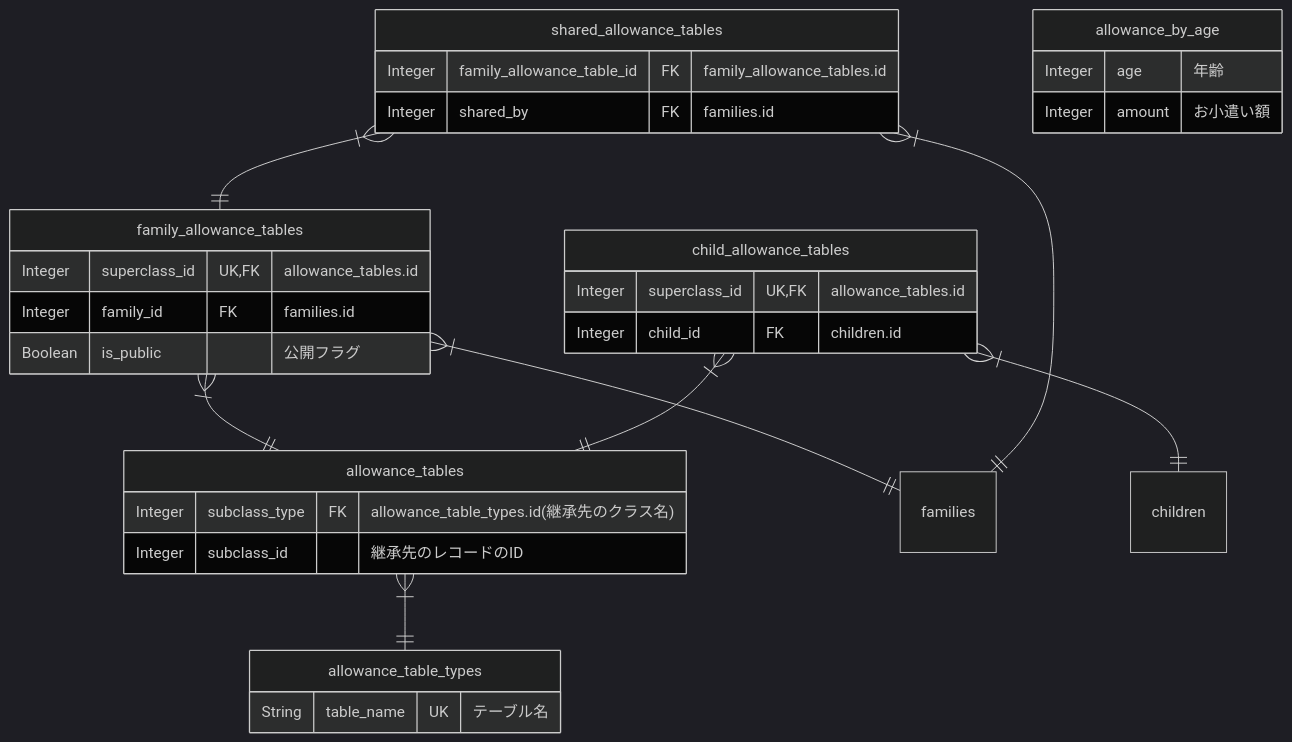
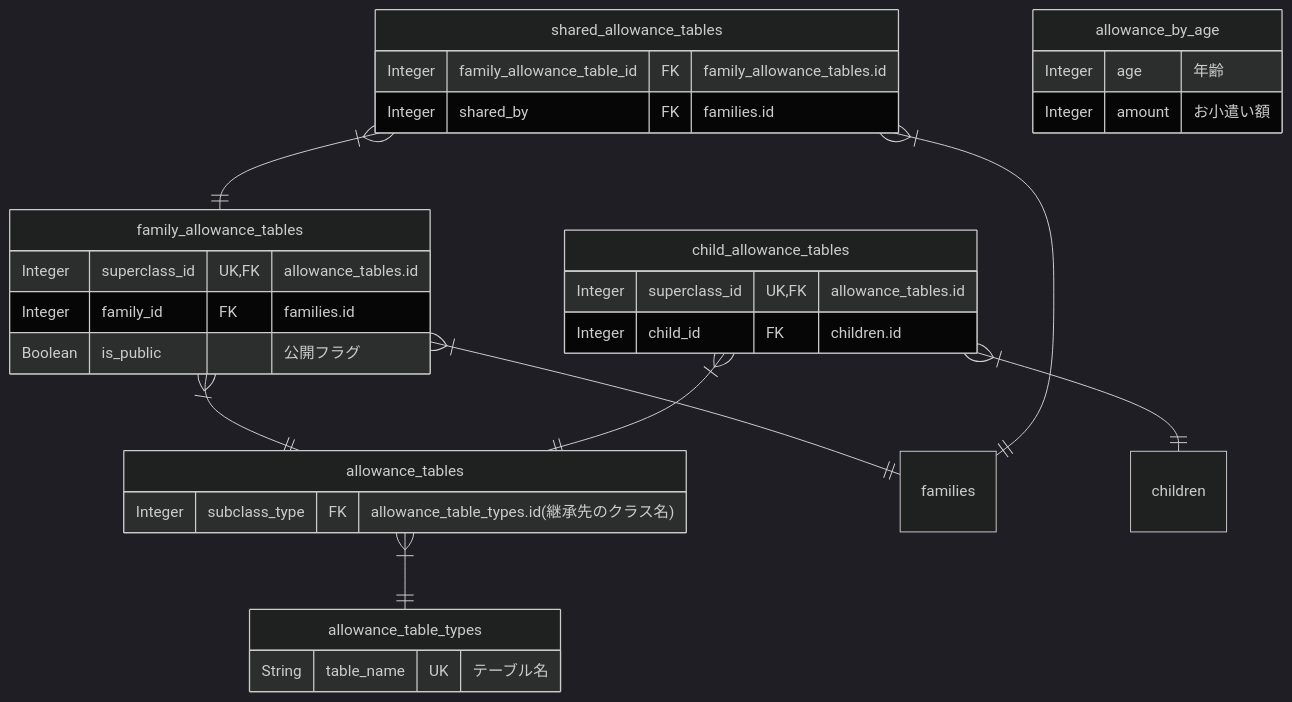
Before and after one commit to shuhei1101/allowance-questboard: the ninth of 17 diagrams in apps/api/docs/ja/uml/erd.md, drawn with Mermaid (dark theme). The commit also changed other lines of this file and 17 other files, not shown here.

````diff
--- a/apps/api/docs/ja/uml/erd.md
+++ b/apps/api/docs/ja/uml/erd.md
@@ -282,47 +281,46 @@
 ```mermaid
 %% allowance_tables
 erDiagram
     allowance_tables {
         %% 履歴あり
         Integer subclass_type FK "allowance_table_types.id(継承先のクラス名)"
-        Integer subclass_id "継承先のレコードのID"
     }
 
     allowance_table_types {
         String table_name UK "テーブル名"
     }
 
     family_allowance_tables {
         %% 履歴あり
         Integer superclass_id UK,FK "allowance_tables.id"
         Integer family_id FK "families.id"
         Boolean is_public "公開フラグ"
     }
 
     child_allowance_tables {
         %% 履歴あり
         Integer superclass_id UK,FK "allowance_tables.id"
         Integer child_id FK "children.id"
     }
 
     shared_allowance_tables {
         %% 履歴あり
         Integer family_allowance_table_id FK "family_allowance_tables.id"
         Integer shared_by FK "families.id"
     }
 
     allowance_by_age {
         %% 履歴あり
         Integer age "年齢"
         Integer amount "お小遣い額"
     }
 
     %% Relationships
     allowance_tables }|--|| allowance_table_types: ""
     family_allowance_tables }|--|| allowance_tables: ""
     family_allowance_tables }|--|| families: ""
     child_allowance_tables }|--|| allowance_tables: ""
     child_allowance_tables }|--|| children: ""
     shared_allowance_tables }|--|| family_allowance_tables: ""
     shared_allowance_tables }|--|| families: ""
 ```
````
